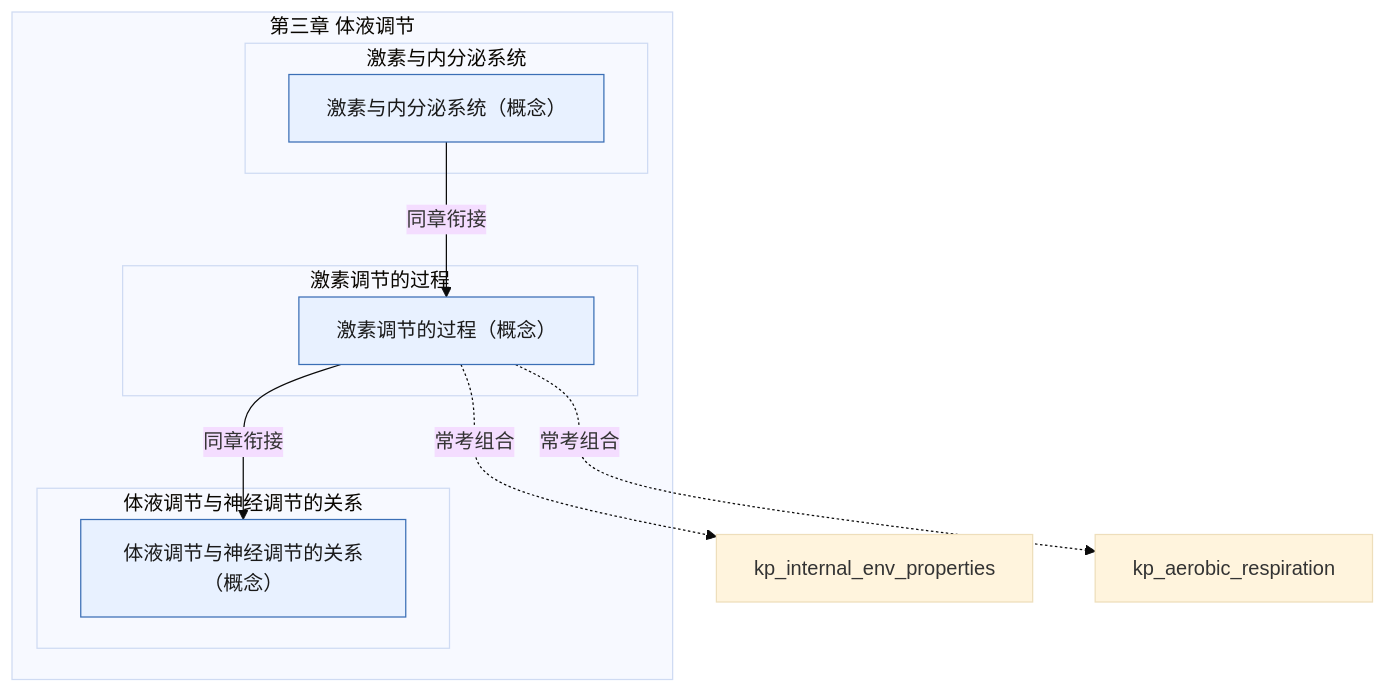
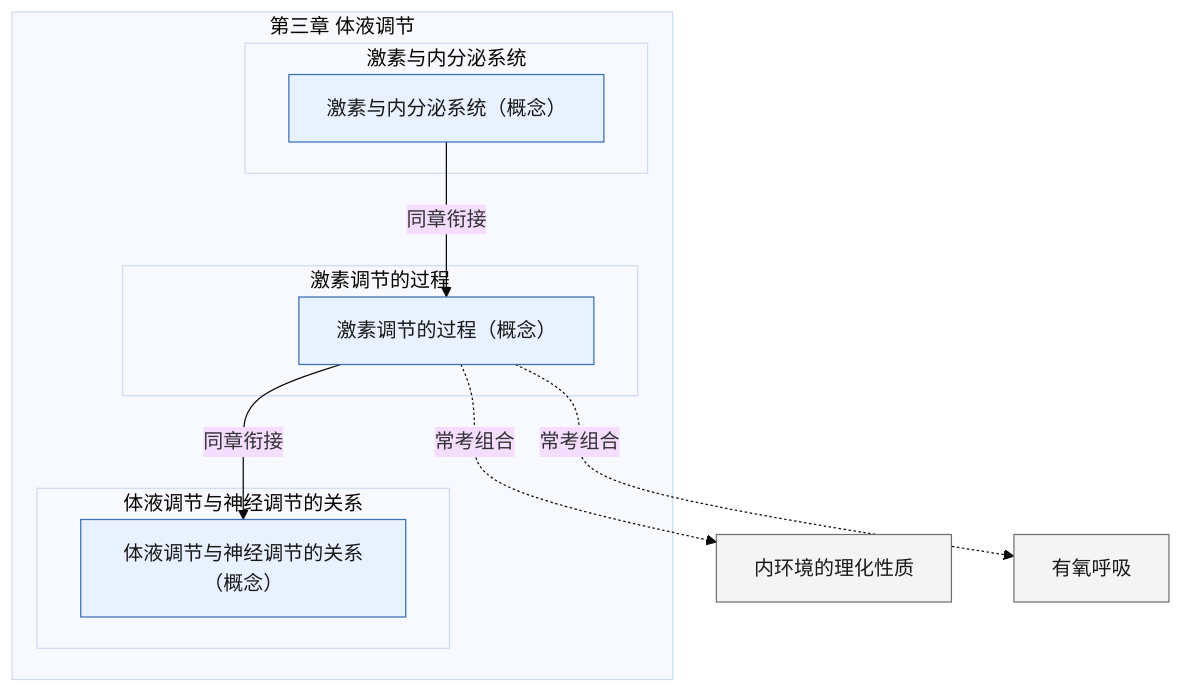
Before and after one commit to lihenair/high-school-ai-tutor-skill: the diagram in skills/high-school-ai-tutor/references/pep-bio-xbx1-ch3.md, drawn with Mermaid (base theme). The commit also changed 20 other files, not shown here.

Commit message:
feat(graph): 跨章常考组合渲染为中文显示名（灰色外部节点），不再显示英文代号

````diff
--- a/skills/high-school-ai-tutor/references/pep-bio-xbx1-ch3.md
+++ b/skills/high-school-ai-tutor/references/pep-bio-xbx1-ch3.md
@@ -5,22 +5,22 @@
 ```mermaid
 flowchart TD
   classDef concept fill:#E8F1FF,stroke:#3B6FB6,color:#1A1A1A
   classDef skill fill:#E7F6EE,stroke:#2E7D4F,color:#1A1A1A
   classDef experiment fill:#FFF4E5,stroke:#C47B17,color:#1A1A1A
   classDef later fill:#F4F4F5,stroke:#71717A,color:#1A1A1A
   subgraph ch["第三章 体液调节"]
     subgraph s1["激素与内分泌系统"]
       kp_hormones_endocrine["激素与内分泌系统（概念）"]:::concept
     end
     subgraph s2["激素调节的过程"]
       kp_hormone_process["激素调节的过程（概念）"]:::concept
     end
     subgraph s3["体液调节与神经调节的关系"]
       kp_humoral_nervous["体液调节与神经调节的关系（概念）"]:::concept
     end
   end
   kp_hormones_endocrine -->|同章衔接| kp_hormone_process
   kp_hormone_process -->|同章衔接| kp_humoral_nervous
-  kp_hormone_process -.->|常考组合| kp_internal_env_properties
-  kp_hormone_process -.->|常考组合| kp_aerobic_respiration
+  kp_hormone_process -.->|常考组合| kp_internal_env_properties["内环境的理化性质"]:::later
+  kp_hormone_process -.->|常考组合| kp_aerobic_respiration["有氧呼吸"]:::later
 ```
````
